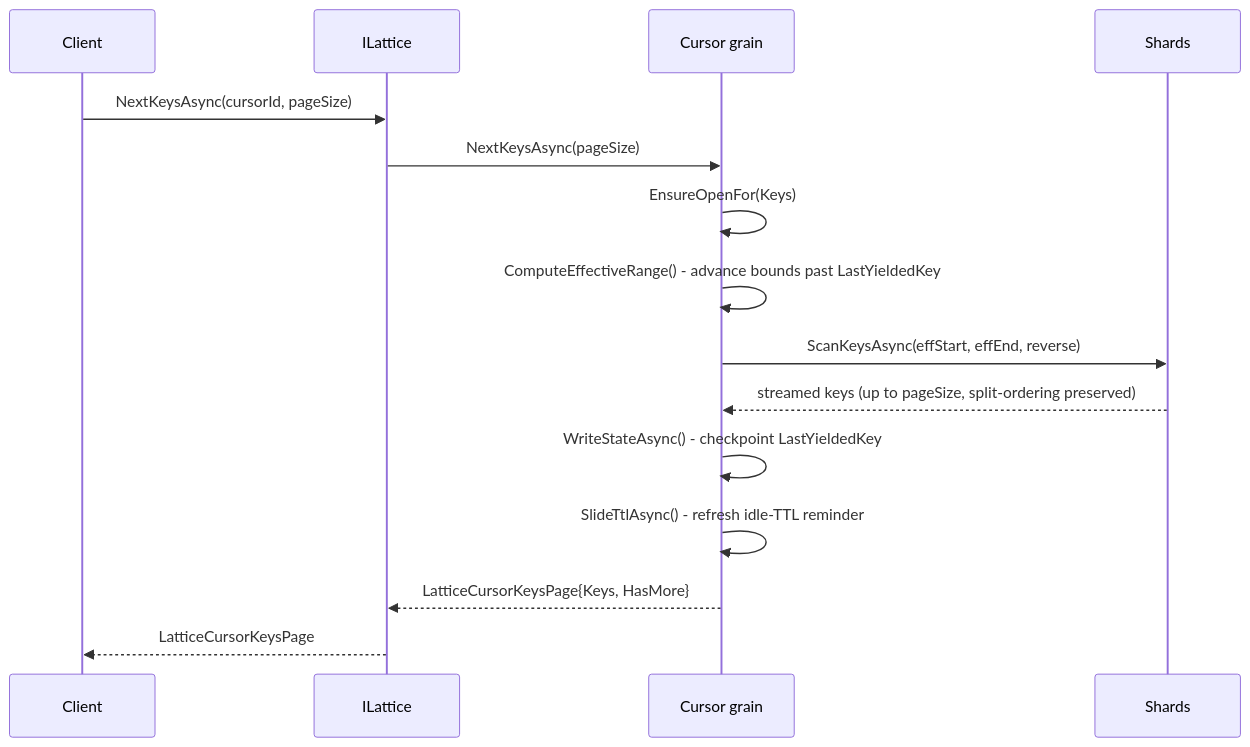
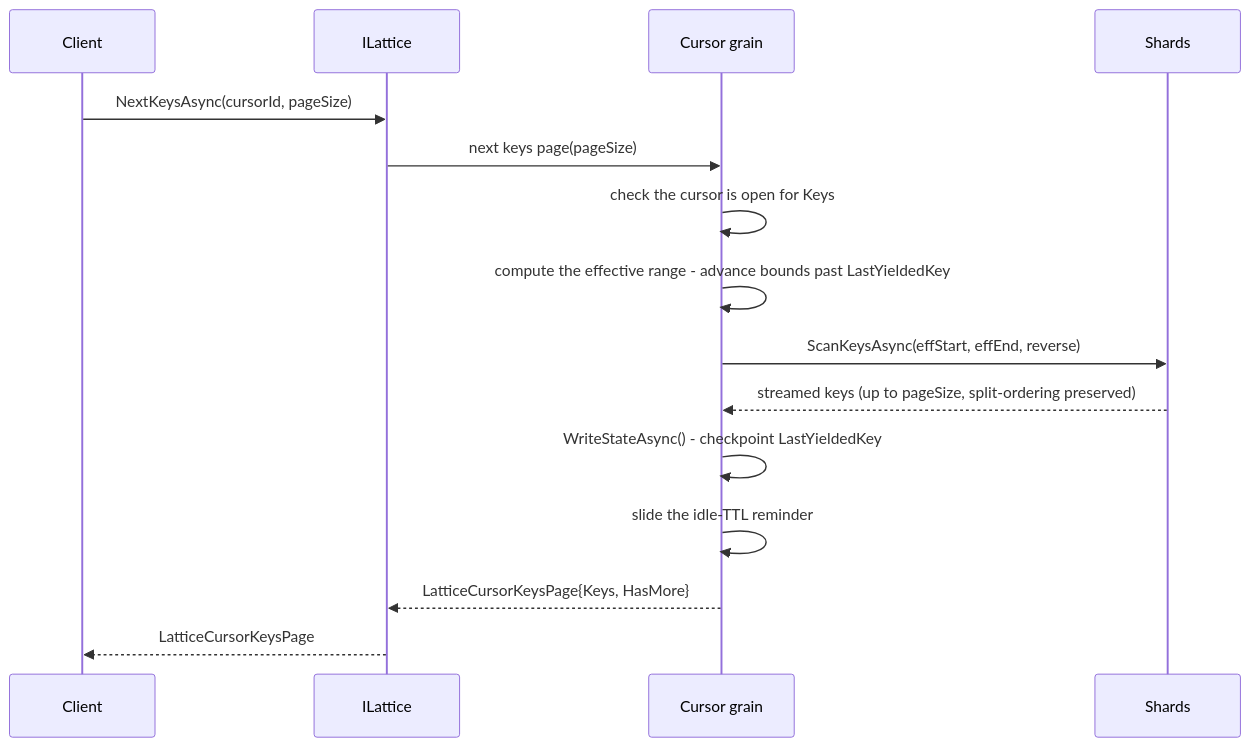
The third of 4 diagrams in docs/lattice/durable-cursors.md (NSTA1/Orleans.Lattice), drawn with Mermaid before and after one commit. The commit also changed other lines of this file and 394 other files, not shown here.

````diff
--- a/docs/lattice/durable-cursors.md
+++ b/docs/lattice/durable-cursors.md
@@ -132,18 +133,18 @@
 ```mermaid
 sequenceDiagram
     participant C as Client
     participant L as ILattice
     participant G as Cursor grain
     participant S as Shards
 
     C->>L: NextKeysAsync(cursorId, pageSize)
-    L->>G: NextKeysAsync(pageSize)
-    G->>G: EnsureOpenFor(Keys)
-    G->>G: ComputeEffectiveRange() - advance bounds past LastYieldedKey
+    L->>G: next keys page(pageSize)
+    G->>G: check the cursor is open for Keys
+    G->>G: compute the effective range - advance bounds past LastYieldedKey
     G->>S: ScanKeysAsync(effStart, effEnd, reverse)
     S-->>G: streamed keys (up to pageSize, split-ordering preserved)
     G->>G: WriteStateAsync() - checkpoint LastYieldedKey
-    G->>G: SlideTtlAsync() - refresh idle-TTL reminder
+    G->>G: slide the idle-TTL reminder
     G-->>L: LatticeCursorKeysPage{Keys, HasMore}
     L-->>C: LatticeCursorKeysPage
 ```
````
